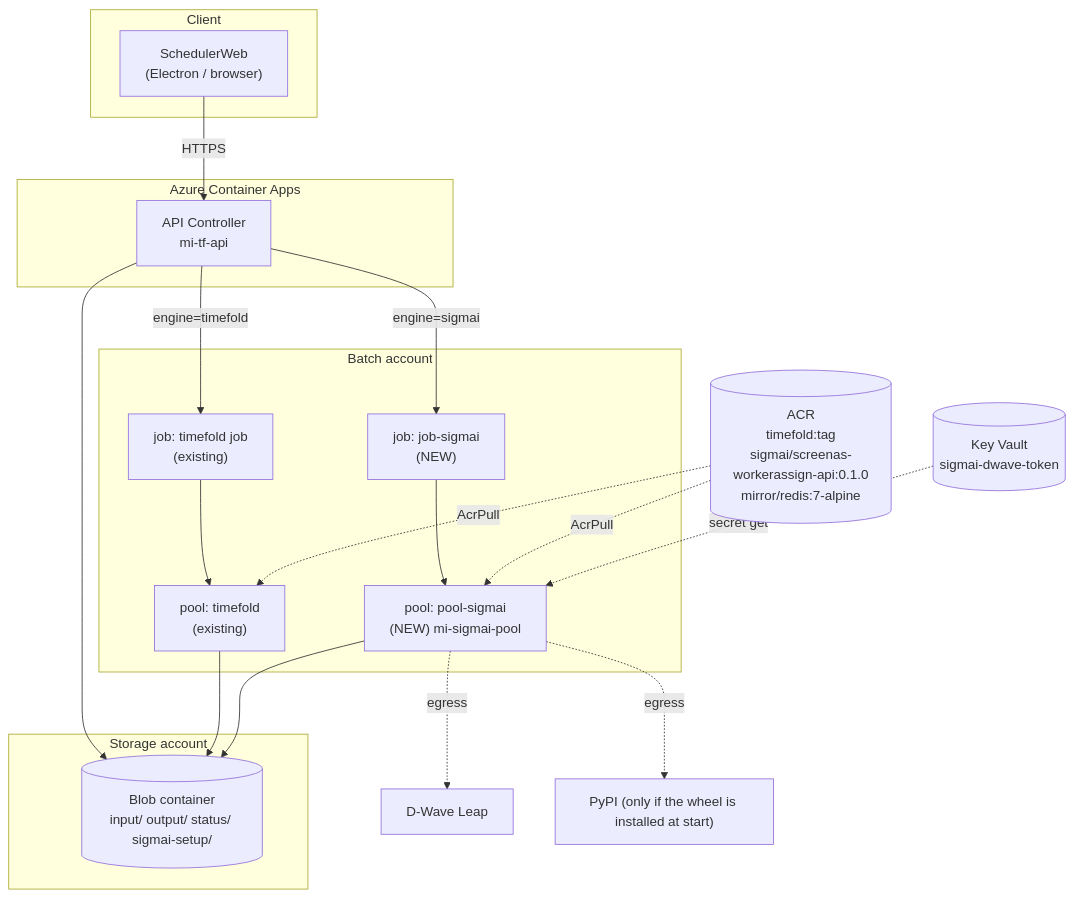
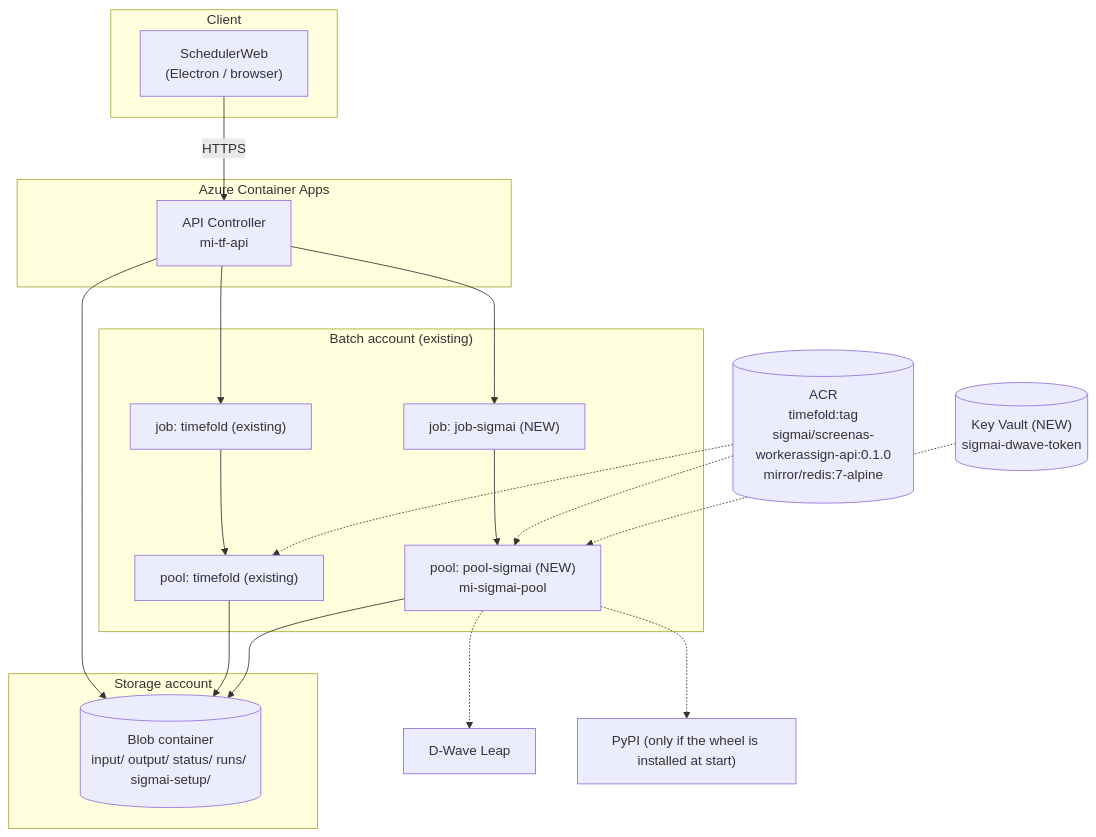
Before and after one commit to WhiTeXCharGe/TF_Testing: the fourth of 10 diagrams in SigmaI/SigmaI_Azure_DetailedDesign20261013.md, drawn with Mermaid. The commit also changed other lines of this file and 2 other files, not shown here.

````diff
--- a/SigmaI/SigmaI_Azure_DetailedDesign20261013.md
+++ b/SigmaI/SigmaI_Azure_DetailedDesign20261013.md
@@ -91,36 +171,32 @@
 ```mermaid
 flowchart TB
     subgraph CLIENT["Client"]
         W["SchedulerWeb<br/>(Electron / browser)"]
     end
-
-    subgraph ACA["Azure Container Apps"]
+    subgraph ACAENV["Azure Container Apps"]
         API["API Controller<br/>mi-tf-api"]
     end
-
     subgraph STORAGE["Storage account"]
-        BLOB[("Blob container<br/>input/ output/ status/ sigmai-setup/")]
+        BLOB[("Blob container<br/>input/ output/ status/ runs/ sigmai-setup/")]
     end
-
-    subgraph BATCH["Batch account"]
-        J1["job: timefold job<br/>(existing)"] --> P1["pool: timefold<br/>(existing)"]
-        J2["job: job-sigmai<br/>(NEW)"] --> P2["pool: pool-sigmai<br/>(NEW) mi-sigmai-pool"]
+    subgraph BATCH["Batch account (existing)"]
+        J1["job: timefold (existing)"] --> P1["pool: timefold (existing)"]
+        J2["job: job-sigmai (NEW)"] --> P2["pool: pool-sigmai (NEW)<br/>mi-sigmai-pool"]
     end
-
     ACR[("ACR<br/>timefold:tag<br/>sigmai/screenas-workerassign-api:0.1.0<br/>mirror/redis:7-alpine")]
-    KV[("Key Vault<br/>sigmai-dwave-token")]
+    KV[("Key Vault (NEW)<br/>sigmai-dwave-token")]
     DW["D-Wave Leap"]
     PYPI["PyPI (only if the wheel is installed at start)"]
 
     W -->|HTTPS| API
     API --> BLOB
-    API -->|"engine=timefold"| J1
-    API -->|"engine=sigmai"| J2
+    API --> J1
+    API --> J2
     P1 --> BLOB
     P2 --> BLOB
-    ACR -.AcrPull.-> P1
-    ACR -.AcrPull.-> P2
-    KV -.secret get.-> P2
-    P2 -.egress.-> DW
-    P2 -.egress.-> PYPI
+    ACR -.-> P1
+    ACR -.-> P2
+    KV -.-> P2
+    P2 -.-> DW
+    P2 -.-> PYPI
 ```
````
